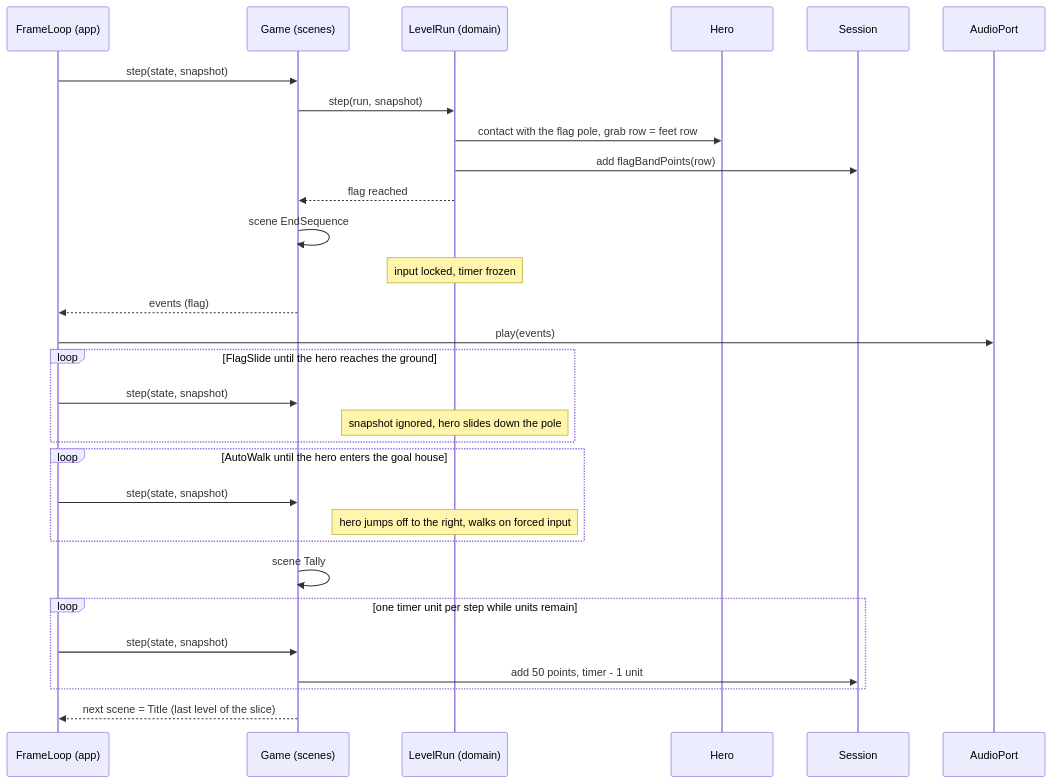
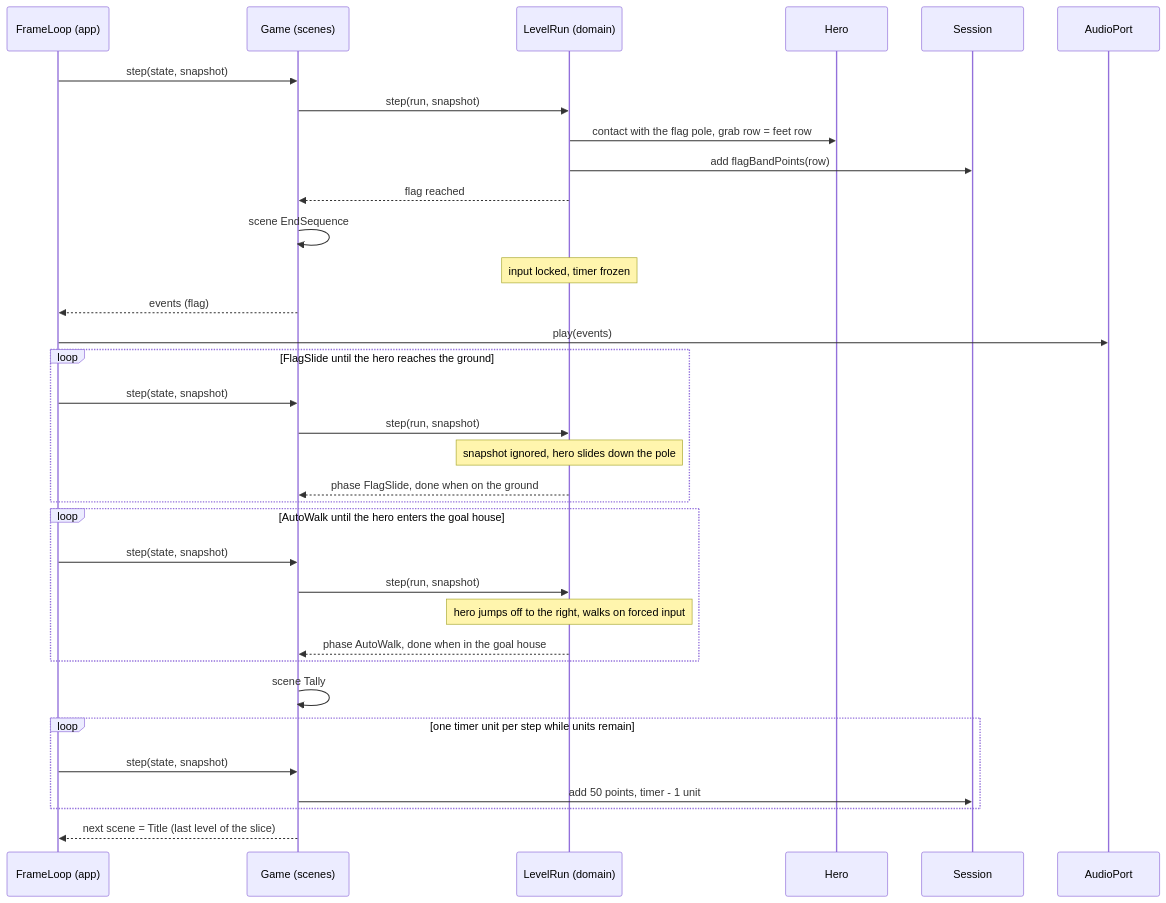
Before and after one commit to benoit-bremaud/retro-plumber: the diagram in docs/architecture/diagrams/gameplay/12-sequence-flag-tally.md, drawn with Mermaid. The commit also changed 2 other files, not shown here.

Commit message:
docs(uml): address seventh Codex review on sequences 11, 12, 13 (#7)

````diff
--- a/docs/architecture/diagrams/gameplay/12-sequence-flag-tally.md
+++ b/docs/architecture/diagrams/gameplay/12-sequence-flag-tally.md
@@ -15,32 +15,36 @@
 ```mermaid
 sequenceDiagram
     participant FL as FrameLoop (app)
     participant G as Game (scenes)
     participant LR as LevelRun (domain)
     participant H as Hero
     participant Sess as Session
     participant Snd as AudioPort
     FL->>G: step(state, snapshot)
     G->>LR: step(run, snapshot)
     LR->>H: contact with the flag pole, grab row = feet row
     LR->>Sess: add flagBandPoints(row)
     LR-->>G: flag reached
     G->>G: scene EndSequence
     Note over LR: input locked, timer frozen
     G-->>FL: events (flag)
     FL->>Snd: play(events)
     loop FlagSlide until the hero reaches the ground
         FL->>G: step(state, snapshot)
+        G->>LR: step(run, snapshot)
         Note over LR: snapshot ignored, hero slides down the pole
+        LR-->>G: phase FlagSlide, done when on the ground
     end
     loop AutoWalk until the hero enters the goal house
         FL->>G: step(state, snapshot)
+        G->>LR: step(run, snapshot)
         Note over LR: hero jumps off to the right, walks on forced input
+        LR-->>G: phase AutoWalk, done when in the goal house
     end
     G->>G: scene Tally
     loop one timer unit per step while units remain
         FL->>G: step(state, snapshot)
         G->>Sess: add 50 points, timer - 1 unit
     end
     G-->>FL: next scene = Title (last level of the slice)
 ```
````
